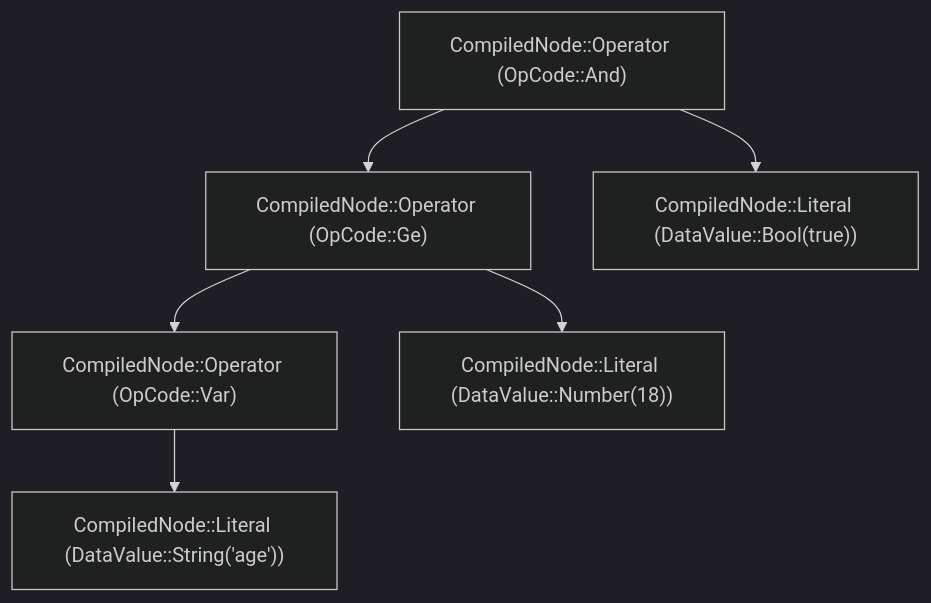
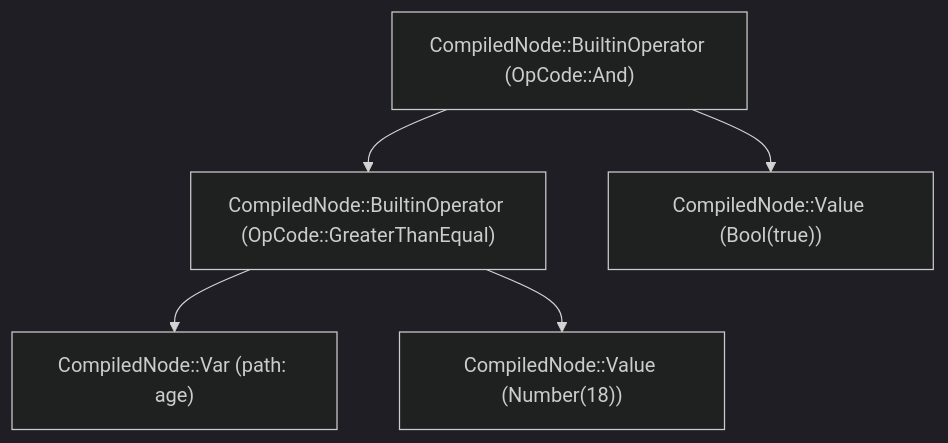
Before and after one commit to GoPlasmatic/datalogic-rs: the second of 2 diagrams in ARCHITECTURE.md, drawn with Mermaid (dark theme). The commit also changed other lines of this file and 265 other files, not shown here.

````diff
--- a/ARCHITECTURE.md
+++ b/ARCHITECTURE.md
@@ -307,18 +320,15 @@
 ```mermaid
 graph TD
-    Root["CompiledNode::Operator (OpCode::And)"]
-    Left["CompiledNode::Operator (OpCode::Ge)"]
-    Right["CompiledNode::Literal (DataValue::Bool(true))"]
-    
-    Var["CompiledNode::Operator (OpCode::Var)"]
-    ConstAge["CompiledNode::Literal (DataValue::String('age'))"]
-    Const18["CompiledNode::Literal (DataValue::Number(18))"]
-    
+    Root["CompiledNode::BuiltinOperator (OpCode::And)"]
+    Left["CompiledNode::BuiltinOperator (OpCode::GreaterThanEqual)"]
+    Right["CompiledNode::Value (Bool(true))"]
+
+    Var["CompiledNode::Var (path: age)"]
+    Const18["CompiledNode::Value (Number(18))"]
+
     Root --> Left
     Root --> Right
-    
+
     Left --> Var
     Left --> Const18
-    
-    Var --> ConstAge
 ```
````
